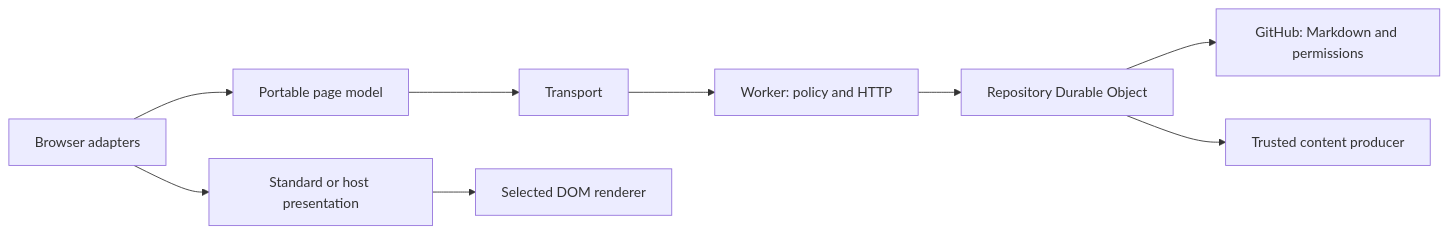
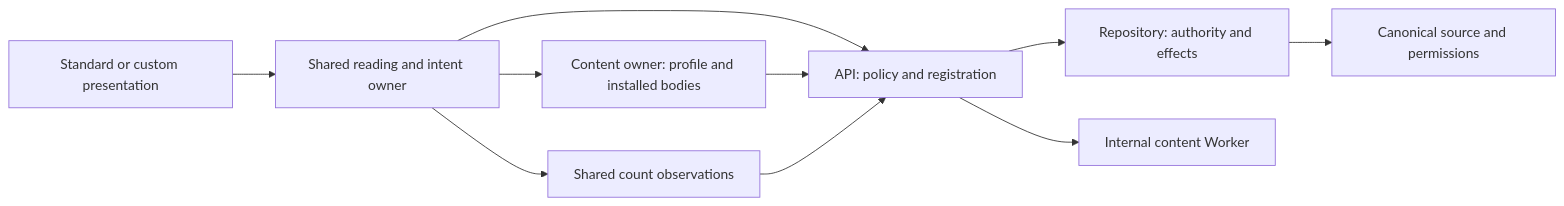
Before and after one commit to lumirth/giscusflare: the diagram in docs/DESIGN.md, drawn with Mermaid. The commit also changed other lines of this file and 107 other files, not shown here.

````diff
--- a/docs/DESIGN.md
+++ b/docs/DESIGN.md
@@ -5,11 +5,12 @@
 ```mermaid
 flowchart LR
-  Model[Portable page model] --> Transport[Transport]
-  Transport --> Worker[Worker: policy and HTTP]
-  Worker --> Repository[Repository Durable Object]
-  Repository --> GitHub[GitHub: Markdown and permissions]
-  Repository --> Producer[Trusted content producer]
-  Browser[Browser adapters] --> Model
-  Browser --> Presentation[Standard or host presentation]
-  Presentation --> Content[Selected DOM renderer]
+  View[Standard or custom presentation] --> Conversation[Shared reading and intent owner]
+  Conversation --> API[API: policy and registration]
+  API --> Repository[Repository: authority and effects]
+  Repository --> GitHub[Canonical source and permissions]
+  Conversation --> Content[Content owner: profile and installed bodies]
+  Content --> API
+  API --> Producer[Internal content Worker]
+  Counts[Shared count observations] --> API
+  Conversation --> Counts
 ```
````
